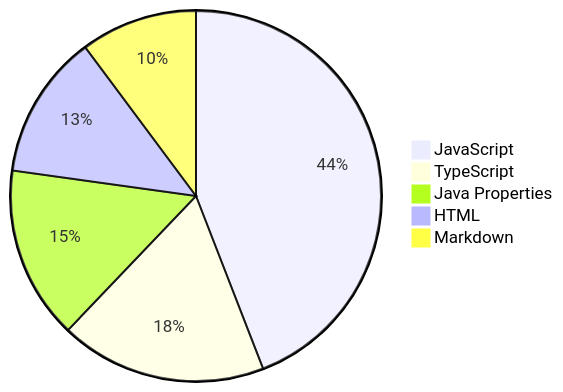
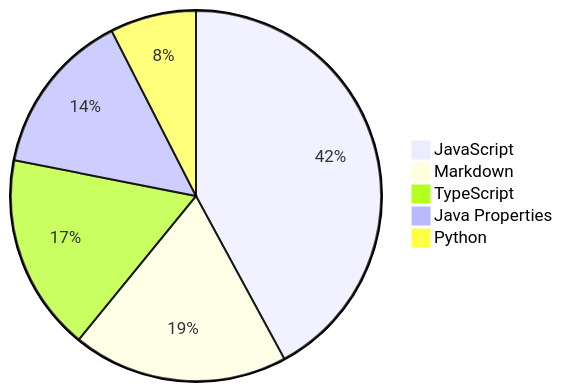
One commit to Alicia111/alicia111 changed the diagram in README.md. Above: the diagram before and after it, drawn with Mermaid.

Commit message:
Update WakaTime stats (・ω・)b

````diff
--- a/README.md
+++ b/README.md
@@ -32,8 +32,8 @@
 ```mermaid
 pie
-    "JavaScript" : 35.94
-    "TypeScript" : 14.69
-    "Java Properties" : 12.28
-    "HTML" : 10.28
-    "Markdown" : 8.3
+    "JavaScript" : 34.42
+    "Markdown" : 15.38
+    "TypeScript" : 14.07
+    "Java Properties" : 11.76
+    "Python" : 6.15
 ```
````
